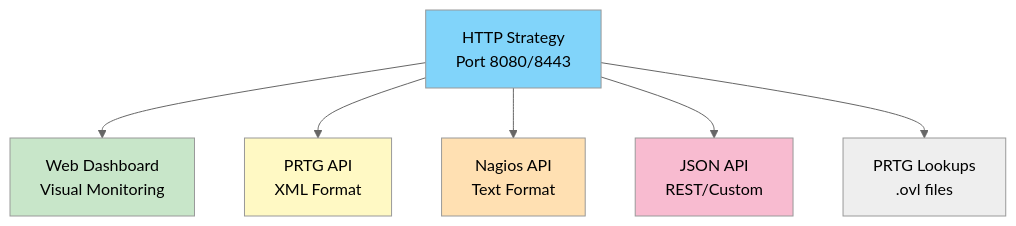
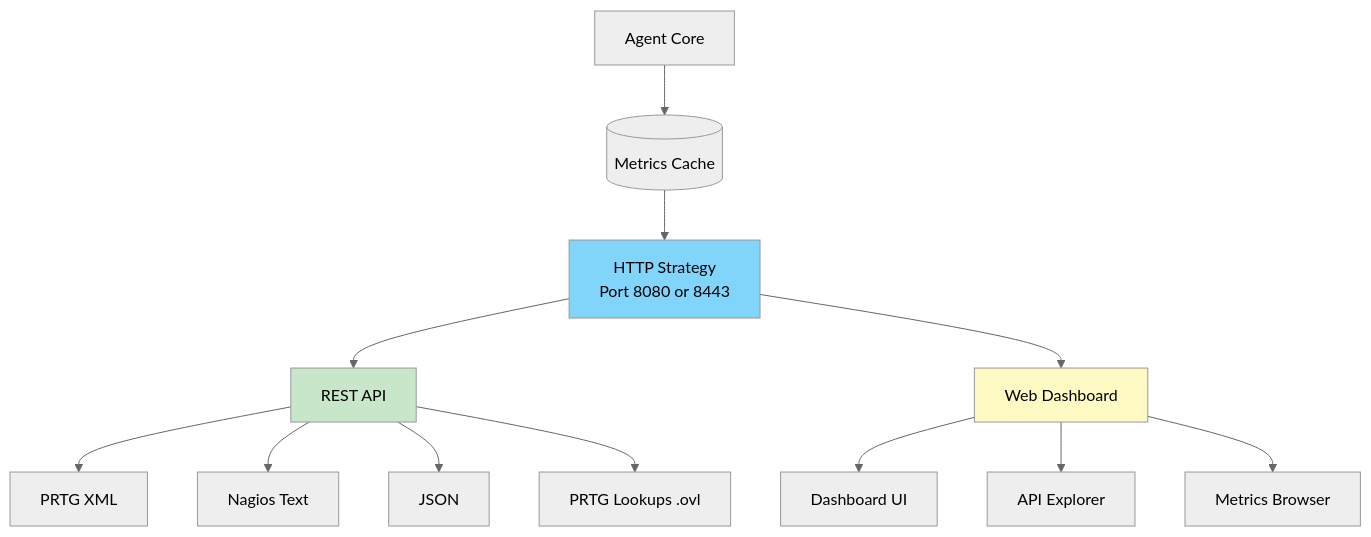
Before and after one commit to senhub-io/senhub-agent: the first of 2 diagrams in docs/user-guide/HTTP-HTTPS-CONFIGURATION.md, drawn with Mermaid (neutral theme). The commit also changed other lines of this file and 7 other files, not shown here.

````diff
--- a/docs/user-guide/HTTP-HTTPS-CONFIGURATION.md
+++ b/docs/user-guide/HTTP-HTTPS-CONFIGURATION.md
@@ -19,14 +23,21 @@
 ```mermaid
 graph TD
-    HTTP[HTTP Strategy<br/>Port 8080/8443] --> WEB[Web Dashboard<br/>Visual Monitoring]
-    HTTP --> PRTG[PRTG API<br/>XML Format]
-    HTTP --> NAGIOS[Nagios API<br/>Text Format]
-    HTTP --> JSON[JSON API<br/>REST/Custom]
-    HTTP --> LOOKUPS[PRTG Lookups<br/>.ovl files]
+    AGENT[Agent Core] --> CACHE[(Metrics Cache)]
+    CACHE --> HTTP[HTTP Strategy<br/>Port 8080 or 8443]
+
+    HTTP --> API[REST API]
+    HTTP --> WEB[Web Dashboard]
+
+    API --> FORMAT1[PRTG XML]
+    API --> FORMAT2[Nagios Text]
+    API --> FORMAT3[JSON]
+    API --> FORMAT4[PRTG Lookups .ovl]
+
+    WEB --> DASH[Dashboard UI]
+    WEB --> EXPLORER[API Explorer]
+    WEB --> BROWSER[Metrics Browser]
 
     style HTTP fill:#81d4fa
-    style WEB fill:#c8e6c9
-    style PRTG fill:#fff9c4
-    style NAGIOS fill:#ffe0b2
-    style JSON fill:#f8bbd0
+    style API fill:#c8e6c9
+    style WEB fill:#fff9c4
 ```
````
